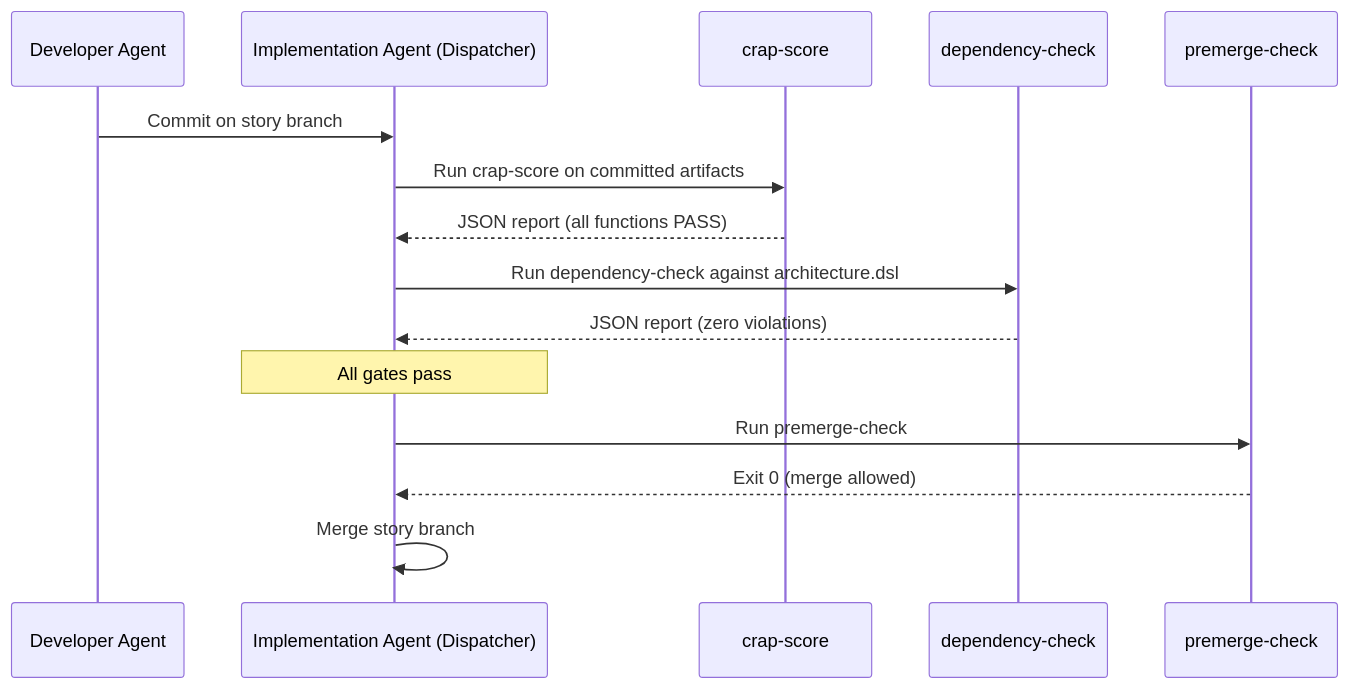
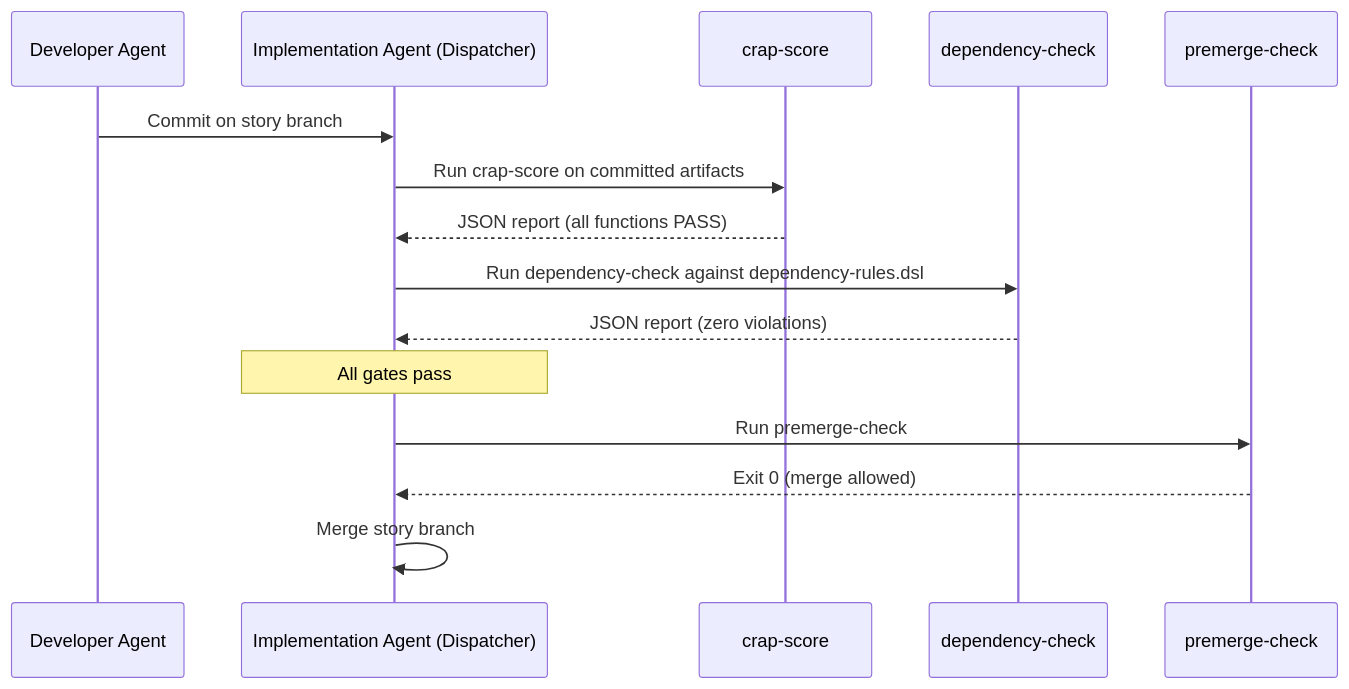
Before and after one commit to matthiasdaues/agent_factory: the fifth of 21 diagrams in docs/arc42/06_runtime_view.md, drawn with Mermaid. The commit also changed other lines of this file and 20 other files, not shown here.

````diff
--- a/docs/arc42/06_runtime_view.md
+++ b/docs/arc42/06_runtime_view.md
@@ -122,18 +122,18 @@
 ```mermaid
 sequenceDiagram
     participant D as Developer Agent
     participant IA as Implementation Agent (Dispatcher)
     participant CS as crap-score
     participant DC as dependency-check
     participant PM as premerge-check
 
     D->>IA: Commit on story branch
     IA->>CS: Run crap-score on committed artifacts
     CS-->>IA: JSON report (all functions PASS)
-    IA->>DC: Run dependency-check against architecture.dsl
+    IA->>DC: Run dependency-check against dependency-rules.dsl
     DC-->>IA: JSON report (zero violations)
     Note over IA: All gates pass
     IA->>PM: Run premerge-check
     PM-->>IA: Exit 0 (merge allowed)
     IA->>IA: Merge story branch
 ```
````
